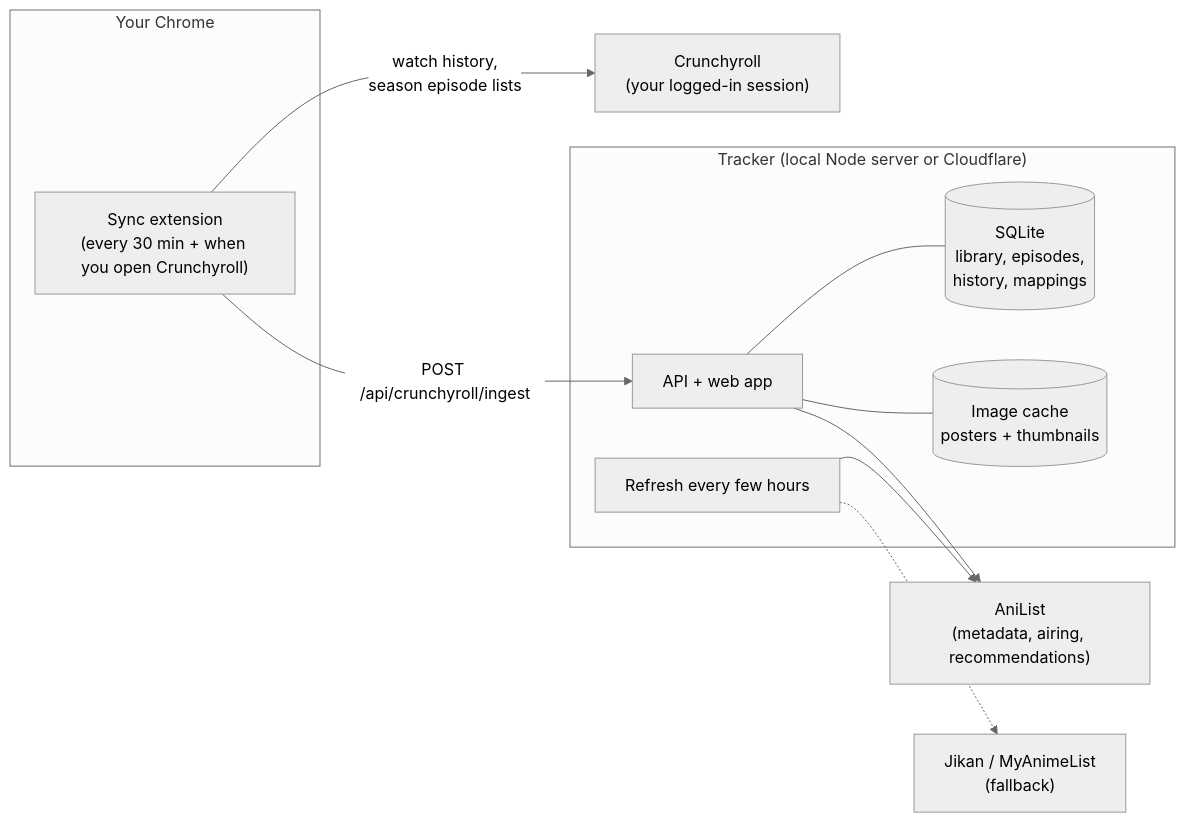
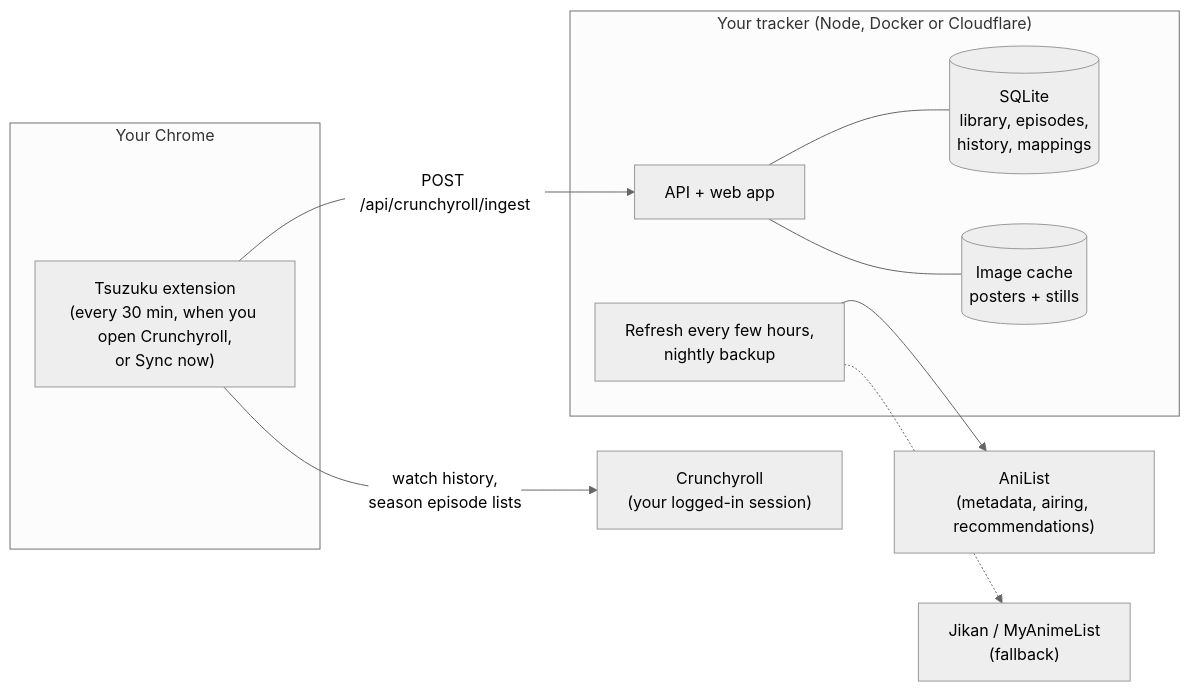
The diagram in README.md (okanerturan/anime-tracker), drawn with Mermaid (neutral theme) before and after one commit. The commit also changed other lines of this file and 9 other files, not shown here.

Commit message:
README: Tsuzuku name, banner and logo, current screenshots (scripts/readme-shots.mjs), how it runs now (Node, Docker with Kamal, Cloudflare, Worker in front of a server), store listing, privacy policy, audio versions, new modules and scripts

````diff
--- a/README.md
+++ b/README.md
@@ -57,23 +58,22 @@
 ```mermaid
 flowchart LR
   subgraph Browser["Your Chrome"]
-    EXT["Sync extension<br/>(every 30 min + when you open Crunchyroll)"]
+    EXT["Tsuzuku extension<br/>(every 30 min, when you open Crunchyroll,<br/>or Sync now)"]
   end
   CR["Crunchyroll<br/>(your logged-in session)"]
-  subgraph Tracker["Tracker (local Node server or Cloudflare)"]
+  subgraph Tracker["Your tracker (Node, Docker or Cloudflare)"]
     API["API + web app"]
     DB[("SQLite<br/>library, episodes,<br/>history, mappings")]
-    IMG[("Image cache<br/>posters + thumbnails")]
-    CRON["Refresh every few hours"]
+    IMG[("Image cache<br/>posters + stills")]
+    CRON["Refresh every few hours,<br/>nightly backup"]
   end
   AL["AniList<br/>(metadata, airing, recommendations)"]
   JK["Jikan / MyAnimeList<br/>(fallback)"]
 
   EXT -- "watch history,<br/>season episode lists" --> CR
   EXT -- "POST /api/crunchyroll/ingest" --> API
   API --- DB
   API --- IMG
   CRON --> AL
   CRON -.-> JK
-  API --> AL
 ```
````
